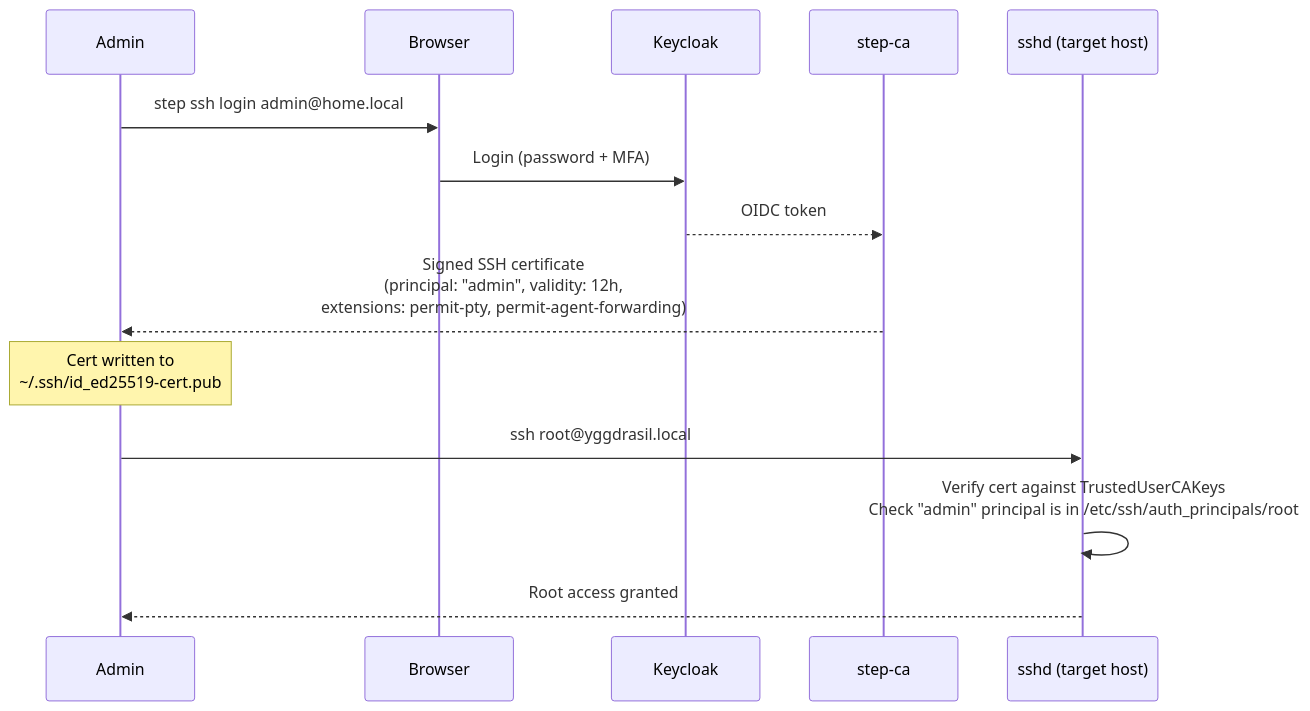
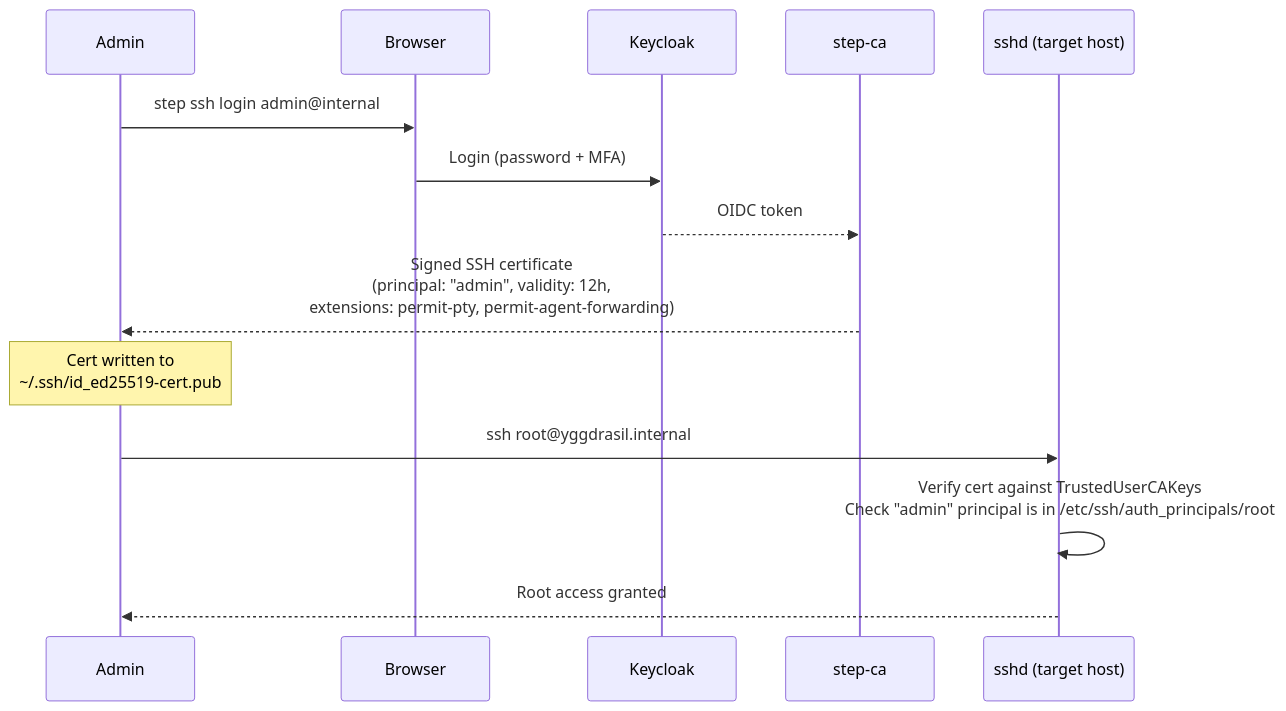
Before and after one commit to mutantmell/dotfiles: the second of 4 diagrams in llm-notes/ssh-certificates-sso-plan.md, drawn with Mermaid. The commit also changed other lines of this file, not shown here.

First line of the commit message:
Update SSH certificates plan to match Keycloak OIDC plan decisions

````diff
--- a/llm-notes/ssh-certificates-sso-plan.md
+++ b/llm-notes/ssh-certificates-sso-plan.md
@@ -92,17 +95,17 @@
 ```mermaid
 sequenceDiagram
     participant Admin
     participant Browser
     participant Keycloak
     participant step-ca
     participant sshd as sshd (target host)
 
-    Admin->>Browser: step ssh login admin@home.local
+    Admin->>Browser: step ssh login admin@internal
     Browser->>Keycloak: Login (password + MFA)
     Keycloak-->>step-ca: OIDC token
     step-ca-->>Admin: Signed SSH certificate<br/>(principal: "admin", validity: 12h,<br/>extensions: permit-pty, permit-agent-forwarding)
     Note over Admin: Cert written to<br/>~/.ssh/id_ed25519-cert.pub
-    Admin->>sshd: ssh root@yggdrasil.local
+    Admin->>sshd: ssh root@yggdrasil.internal
     sshd->>sshd: Verify cert against TrustedUserCAKeys<br/>Check "admin" principal is in /etc/ssh/auth_principals/root
     sshd-->>Admin: Root access granted
 ```
````
